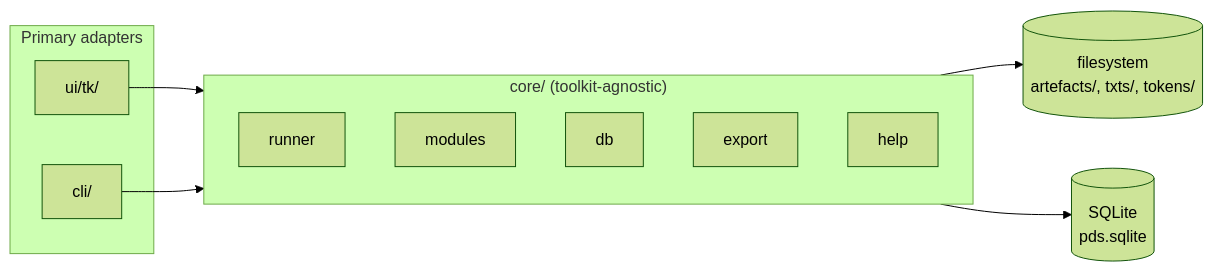
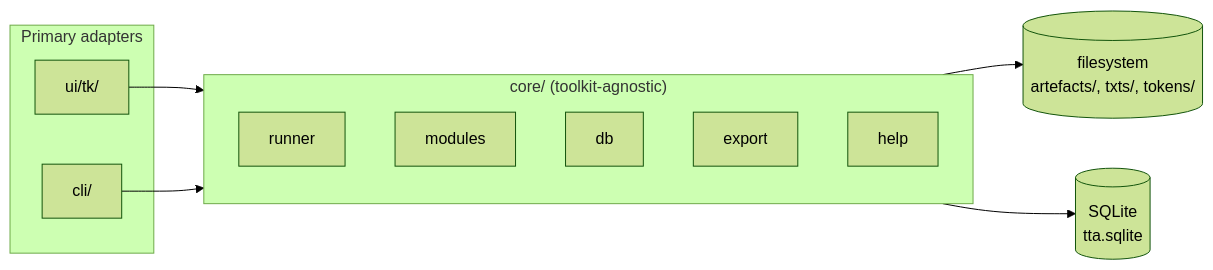
The fourth of 8 diagrams in docs/SDD.md (olistroemer/Thesis_Text_Analyzer), drawn with Mermaid (forest theme) before and after one commit. The commit also changed other lines of this file and 116 other files, not shown here.

First line of the commit message:
refactor: rename package pds → tta (#24)

````diff
--- a/docs/SDD.md
+++ b/docs/SDD.md
@@ -188,20 +188,20 @@
 ```mermaid
 flowchart LR
     subgraph adapters["Primary adapters"]
         ui[ui/tk/]
         cli[cli/]
     end
     subgraph core["core/ (toolkit-agnostic)"]
         runner[runner]
         modules[modules]
         db[db]
         export[export]
         help[help]
     end
     fs[(filesystem<br/>artefacts/, txts/, tokens/)]
-    sqlite[(SQLite<br/>pds.sqlite)]
+    sqlite[(SQLite<br/>tta.sqlite)]
     ui --> core
     cli --> core
     core --> fs
     core --> sqlite
 ```
````
